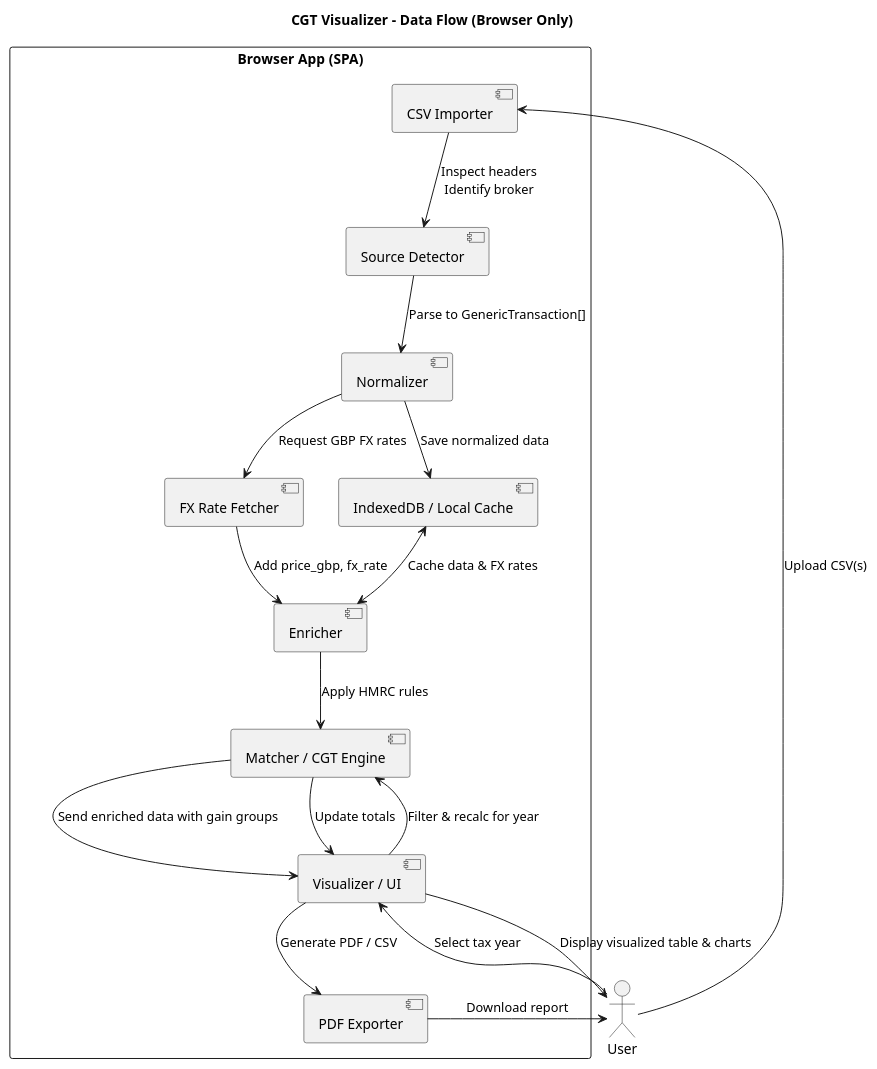
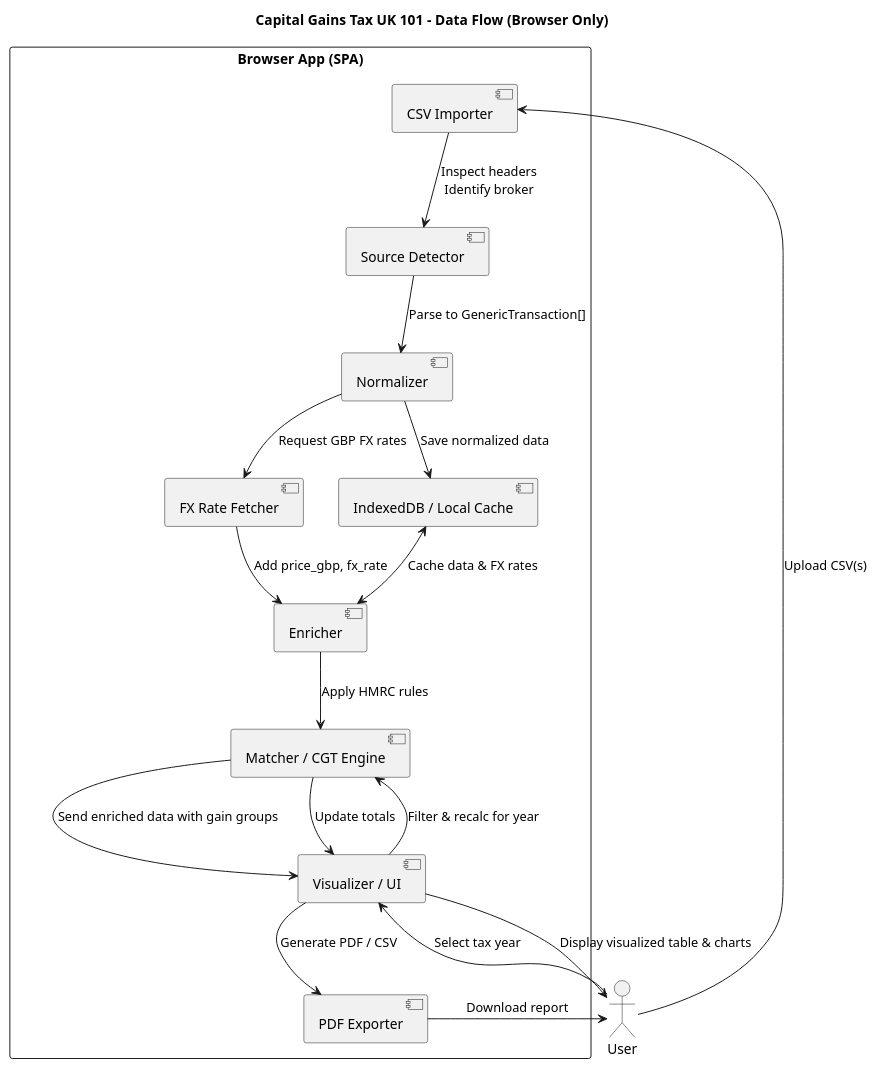
The diagram in docs/SPECIFICATION.md (coffee-cpu/capital-gains-uk-101), drawn with PlantUML before and after one commit. The commit also changed other lines of this file and 5 other files, not shown here.

````diff
--- a/docs/SPECIFICATION.md
+++ b/docs/SPECIFICATION.md
@@ -268,35 +268,35 @@
 ```plantuml
 @startuml
-title CGT Visualizer – Data Flow (Browser Only)
+title Capital Gains Tax UK 101 – Data Flow (Browser Only)
 
 actor User
 
 rectangle "Browser App (SPA)" {
   [CSV Importer] as importer
   [Source Detector] as detector
   [Normalizer] as normalizer
   [FX Rate Fetcher] as fx
   [Enricher] as enricher
   [Matcher / CGT Engine] as matcher
   [Visualizer / UI] as ui
   [PDF Exporter] as exporter
   [IndexedDB / Local Cache] as storage
 }
 
 User --> importer : Upload CSV(s)
 importer --> detector : Inspect headers\nIdentify broker
 detector --> normalizer : Parse to GenericTransaction[]
 normalizer --> storage : Save normalized data
 normalizer --> fx : Request GBP FX rates
 fx --> enricher : Add price_gbp, fx_rate
 enricher --> matcher : Apply HMRC rules
 matcher --> ui : Send enriched data with gain groups
 ui --> User : Display visualized table & charts
 User --> ui : Select tax year
 ui --> matcher : Filter & recalc for year
 matcher --> ui : Update totals
 ui --> exporter : Generate PDF / CSV
 exporter --> User : Download report
 storage <--> enricher : Cache data & FX rates
 @enduml
 ```
````
